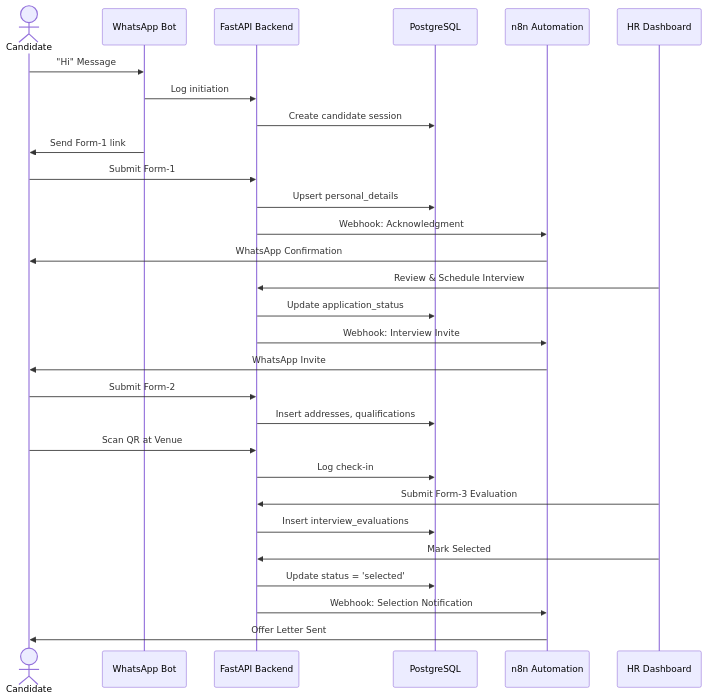
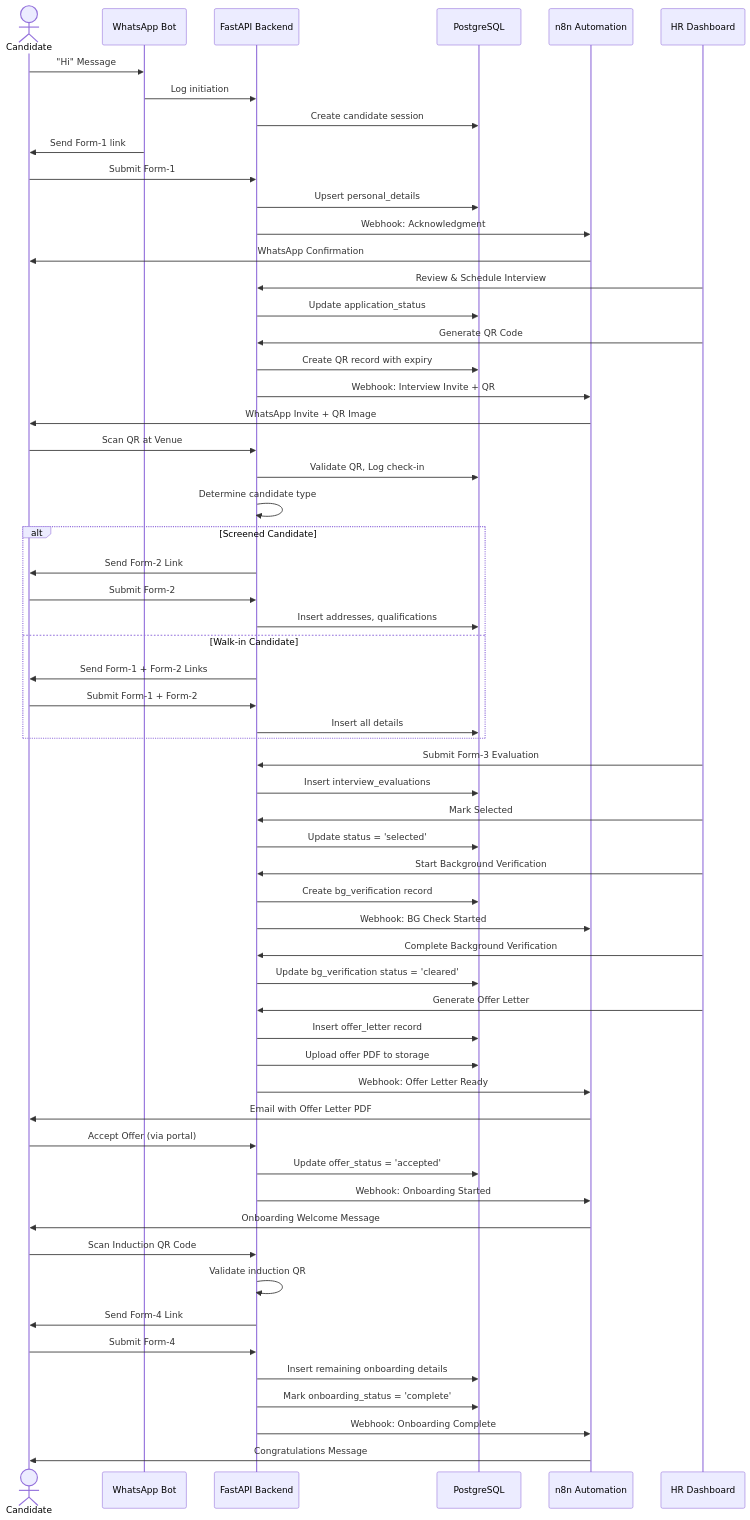
Before and after one commit to md-sahil-analyst22/test: the ninth of 15 diagrams in HR_Onboarding_Agent.md, drawn with Mermaid. The commit also changed other lines of this file, not shown here.

````diff
--- a/HR_Onboarding_Agent.md
+++ b/HR_Onboarding_Agent.md
@@ -528,37 +607,74 @@
 ```mermaid
 sequenceDiagram
     actor C as Candidate
     participant WA as WhatsApp Bot
     participant API as FastAPI Backend
     participant DB as PostgreSQL
     participant N8N as n8n Automation
     participant HR as HR Dashboard
     
     C->>WA: "Hi" Message
     WA->>API: Log initiation
     API->>DB: Create candidate session
     WA->>C: Send Form-1 link
+    
     C->>API: Submit Form-1
     API->>DB: Upsert personal_details
     API->>N8N: Webhook: Acknowledgment
     N8N->>C: WhatsApp Confirmation
     
     HR->>API: Review & Schedule Interview
     API->>DB: Update application_status
-    API->>N8N: Webhook: Interview Invite
-    N8N->>C: WhatsApp Invite
-    
-    C->>API: Submit Form-2
-    API->>DB: Insert addresses, qualifications
+    HR->>API: Generate QR Code
+    API->>DB: Create QR record with expiry
+    API->>N8N: Webhook: Interview Invite + QR
+    N8N->>C: WhatsApp Invite + QR Image
     
     C->>API: Scan QR at Venue
-    API->>DB: Log check-in
+    API->>DB: Validate QR, Log check-in
+    API->>API: Determine candidate type
+    
+    alt Screened Candidate
+        API->>C: Send Form-2 Link
+        C->>API: Submit Form-2
+        API->>DB: Insert addresses, qualifications
+    else Walk-in Candidate
+        API->>C: Send Form-1 + Form-2 Links
+        C->>API: Submit Form-1 + Form-2
+        API->>DB: Insert all details
+    end
     
     HR->>API: Submit Form-3 Evaluation
     API->>DB: Insert interview_evaluations
     
     HR->>API: Mark Selected
     API->>DB: Update status = 'selected'
-    API->>N8N: Webhook: Selection Notification
-    N8N->>C: Offer Letter Sent
+    
+    HR->>API: Start Background Verification
+    API->>DB: Create bg_verification record
+    API->>N8N: Webhook: BG Check Started
+    
+    HR->>API: Complete Background Verification
+    API->>DB: Update bg_verification status = 'cleared'
+    
+    HR->>API: Generate Offer Letter
+    API->>DB: Insert offer_letter record
+    API->>DB: Upload offer PDF to storage
+    API->>N8N: Webhook: Offer Letter Ready
+    N8N->>C: Email with Offer Letter PDF
+    
+    C->>API: Accept Offer (via portal)
+    API->>DB: Update offer_status = 'accepted'
+    API->>N8N: Webhook: Onboarding Started
+    N8N->>C: Onboarding Welcome Message
+    
+    C->>API: Scan Induction QR Code
+    API->>API: Validate induction QR
+    API->>C: Send Form-4 Link
+    
+    C->>API: Submit Form-4
+    API->>DB: Insert remaining onboarding details
+    API->>DB: Mark onboarding_status = 'complete'
+    API->>N8N: Webhook: Onboarding Complete
+    N8N->>C: Congratulations Message
 ```
````
